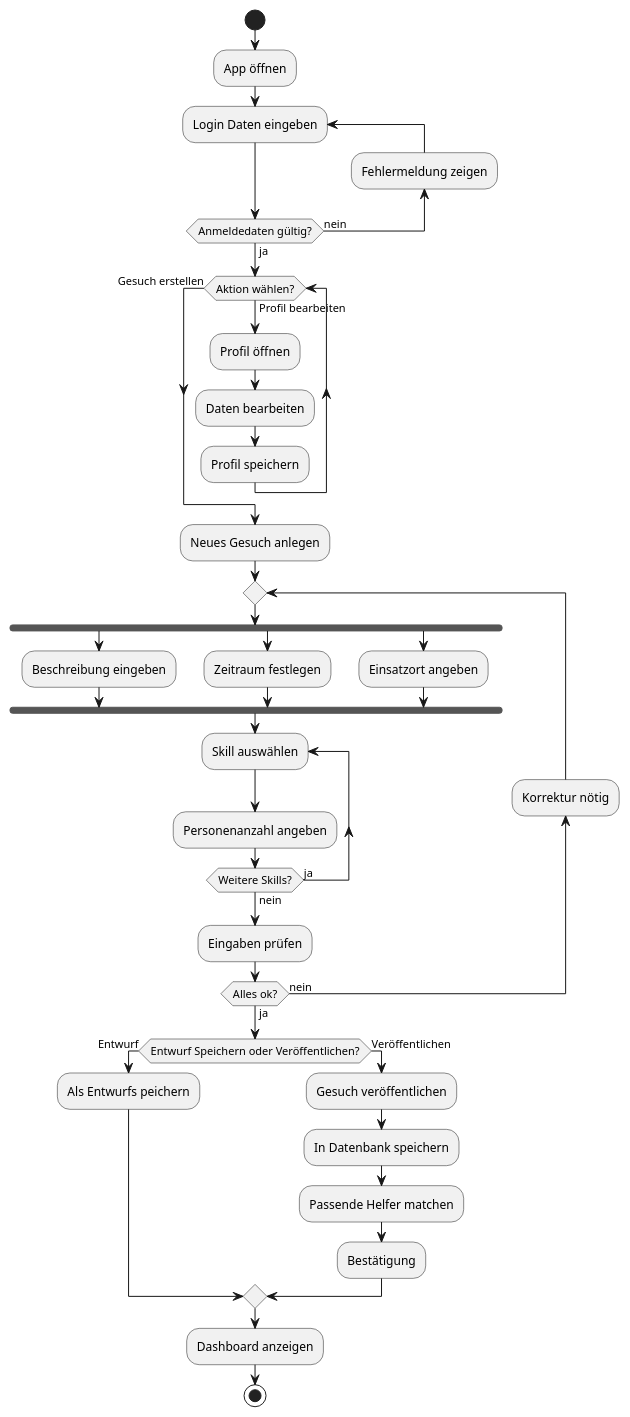
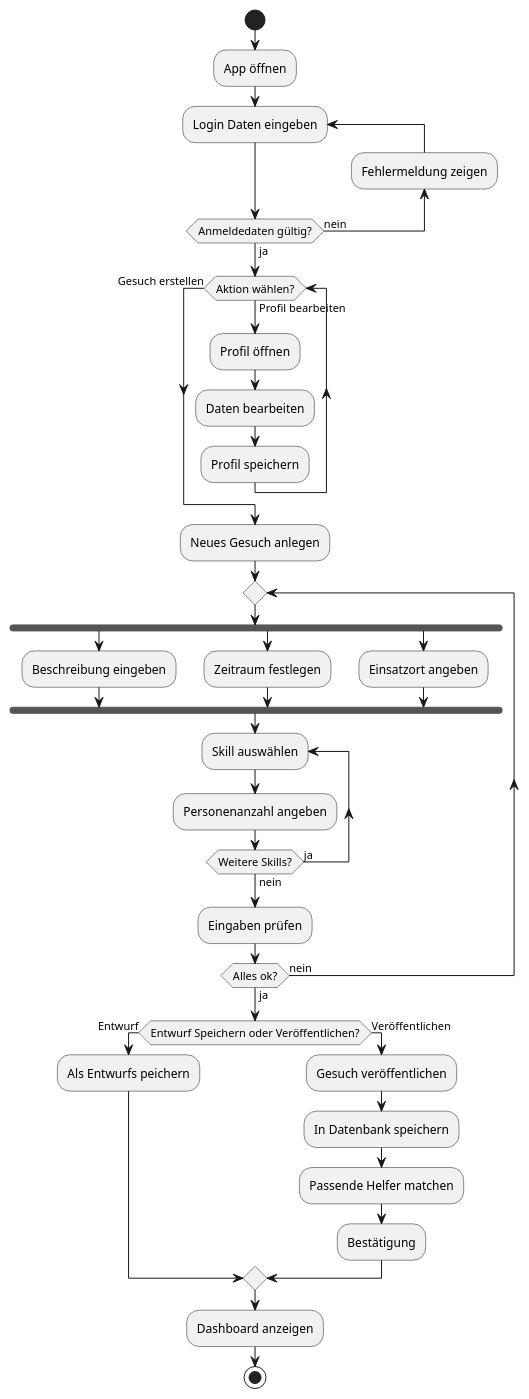
One commit to pxrzivaldev/TeamProjektUML changed the diagram in Aktivitätsdiagramm.puml. Above: the diagram before and after it, drawn with PlantUML.

Commit message:
KleineÄnderung

```diff
--- a/Aktivitätsdiagramm.puml
+++ b/Aktivitätsdiagramm.puml
@@ -1,51 +1,50 @@
 @startuml Aktivitätsdiagramm
 
 start
 
 :App öffnen;
 
 repeat :Login Daten eingeben;
   backward :Fehlermeldung zeigen;
 repeat while (Anmeldedaten gültig?) is (nein) not (ja)
 
 while (Aktion wählen?) is (Profil bearbeiten)
   :Profil öffnen;
   :Daten bearbeiten;
   :Profil speichern;
 endwhile (Gesuch erstellen)
 
 :Neues Gesuch anlegen;  
 
 repeat
 
   fork
     :Beschreibung eingeben;
   fork again
     :Zeitraum festlegen;
   fork again
     :Einsatzort angeben;
   end fork
 
   repeat :Skill auswählen;
     :Personenanzahl angeben;
   repeat while (Weitere Skills?) is (ja) not (nein)
 
   :Eingaben prüfen;
 
-backward :Korrektur nötig;
 repeat while (Alles ok?) is (nein) not (ja)
 
 if (Entwurf Speichern oder Veröffentlichen?) then (Entwurf)
   :Als Entwurfs peichern;
 else (Veröffentlichen)
   :Gesuch veröffentlichen;
   :In Datenbank speichern;
   :Passende Helfer matchen;
   :Bestätigung;
 endif
 
 :Dashboard anzeigen;
 
 stop
 
 @enduml
```
